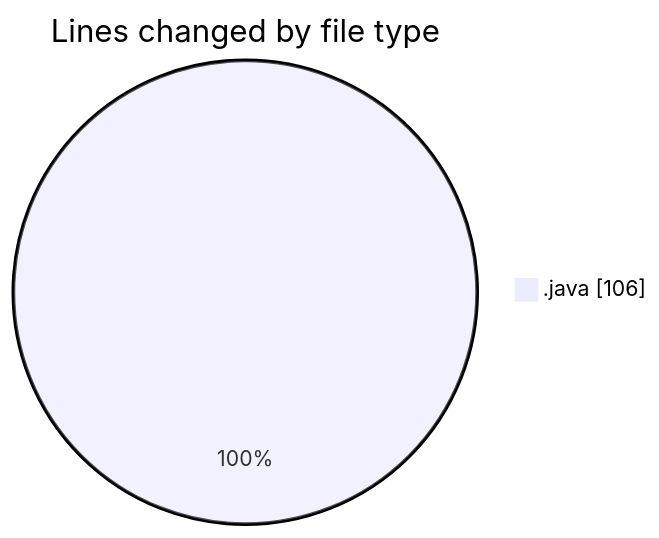
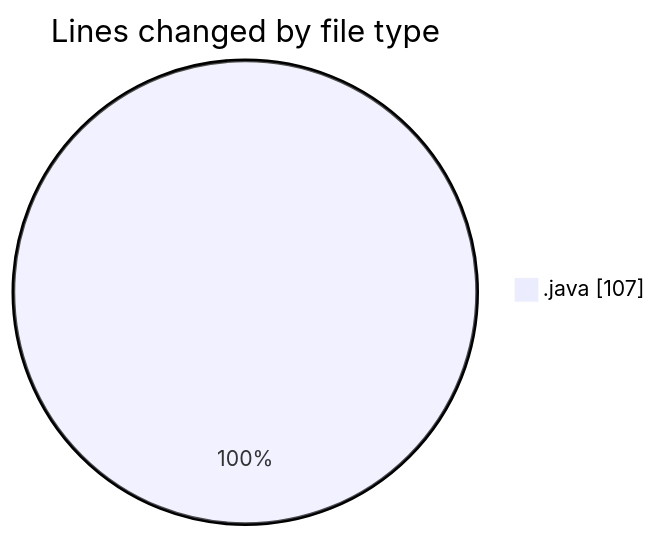
One commit to NitaiMahat/code-tracking changed the first of 2 diagrams in 2025-02-05/coding_prac/README.md. Above: the diagram before and after it, drawn with Mermaid. The commit also changed other lines of this file and 1 other file, not shown here.

````diff
--- a/2025-02-05/coding_prac/README.md
+++ b/2025-02-05/coding_prac/README.md
@@ -25,5 +25,5 @@
 ```mermaid
 pie showData
 title Lines changed by file type
-".java" : 106
+".java" : 107
 ```
````
